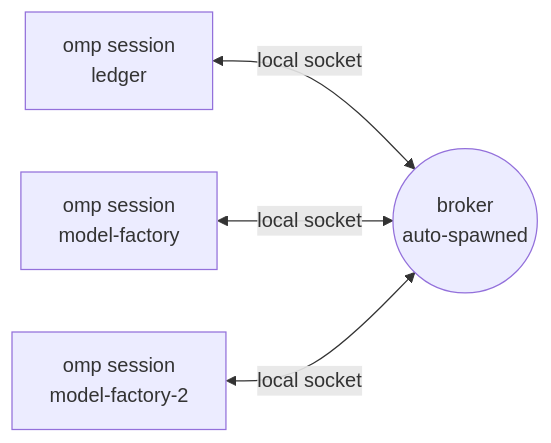
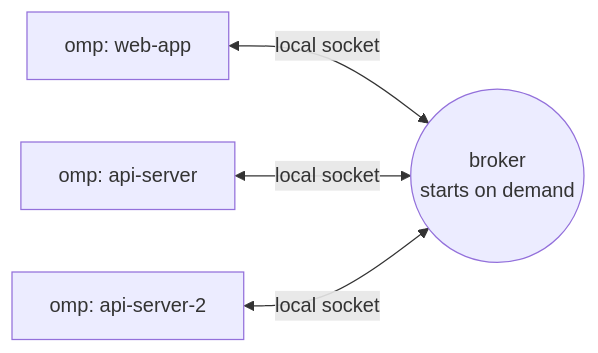
The diagram in README.md (JoshTickles/omp-intercom), drawn with Mermaid before and after one commit. The commit also changed other lines of this file and 5 other files, not shown here.

Commit message:
docs: README for any omp user; generic examples in model-facing text

````diff
--- a/README.md
+++ b/README.md
@@ -15,6 +13,6 @@
 ```mermaid
 flowchart LR
-  A["omp session<br/>ledger"] <-->|local socket| B(("broker<br/>auto-spawned"))
-  C["omp session<br/>model-factory"] <-->|local socket| B
-  D["omp session<br/>model-factory-2"] <-->|local socket| B
+  A["omp: web-app"] <-->|local socket| B(("broker<br/>starts on demand"))
+  C["omp: api-server"] <-->|local socket| B
+  D["omp: api-server-2"] <-->|local socket| B
 ```
````
